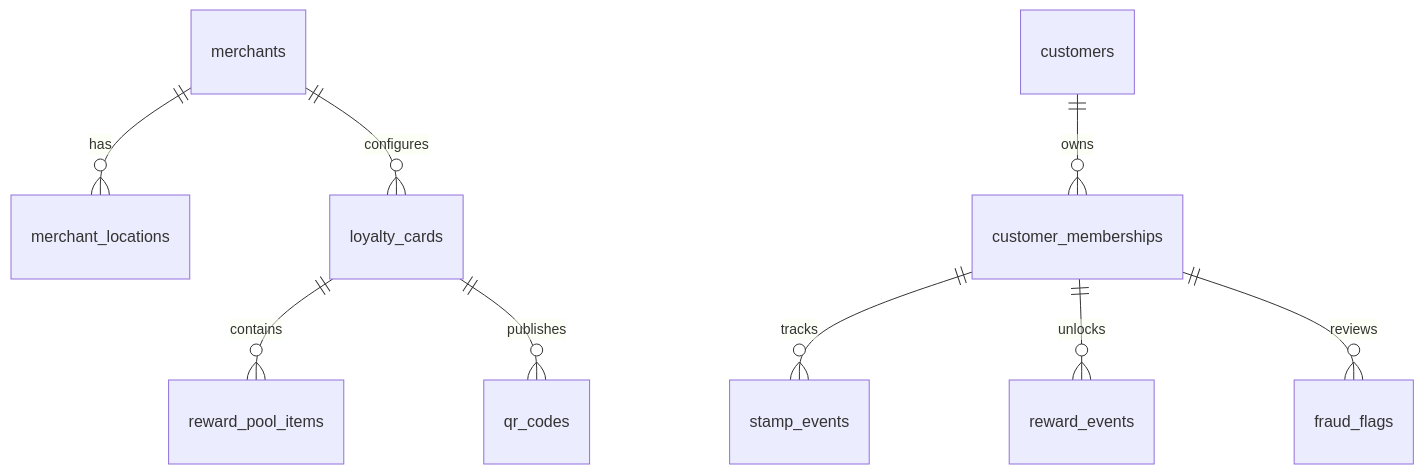
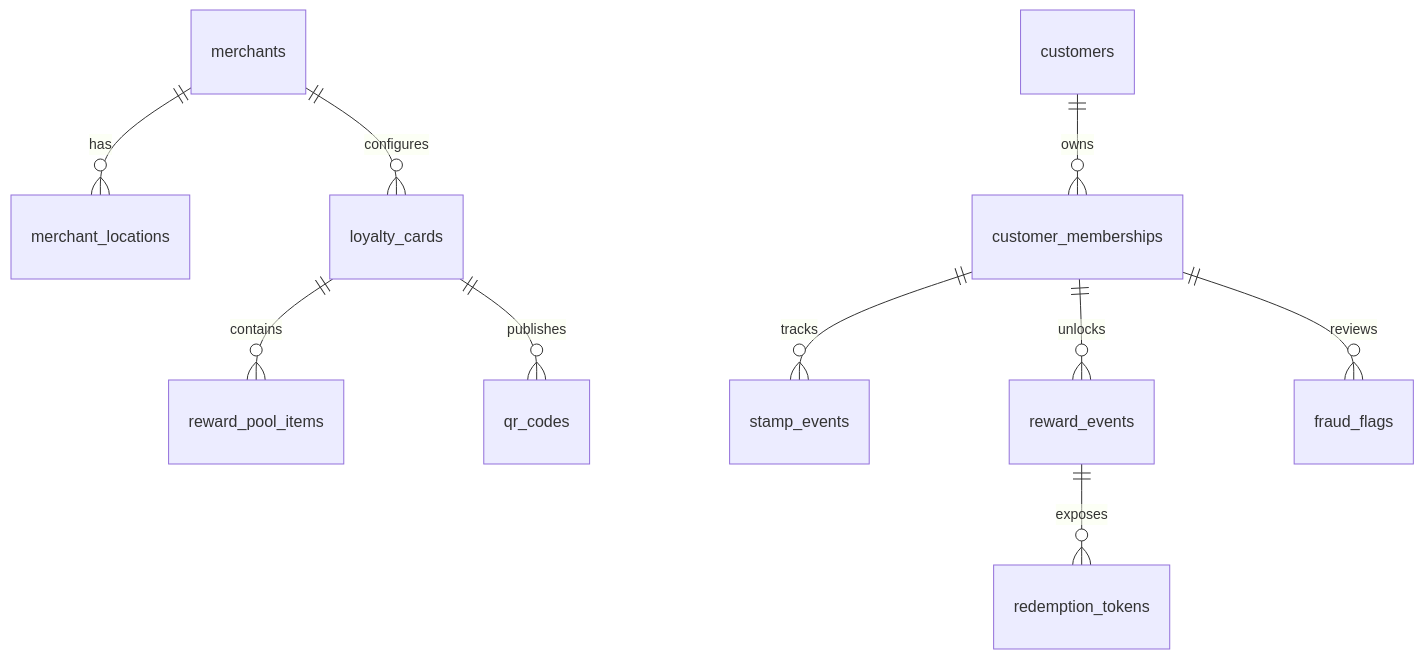
One commit to lapeninns/nabaperks changed the second of 5 diagrams in docs/ARCHITECTURE.md. Above: the diagram before and after it, drawn with Mermaid. The commit also changed other lines of this file and 43 other files, not shown here.

Commit message:
Refine customer reward and QR flow UX

````diff
--- a/docs/ARCHITECTURE.md
+++ b/docs/ARCHITECTURE.md
@@ -82,11 +85,12 @@
 ```mermaid
 erDiagram
   merchants ||--o{ merchant_locations : has
   merchants ||--o{ loyalty_cards : configures
   loyalty_cards ||--o{ reward_pool_items : contains
   loyalty_cards ||--o{ qr_codes : publishes
   customers ||--o{ customer_memberships : owns
   customer_memberships ||--o{ stamp_events : tracks
   customer_memberships ||--o{ reward_events : unlocks
+  reward_events ||--o{ redemption_tokens : exposes
   customer_memberships ||--o{ fraud_flags : reviews
 ```
````
